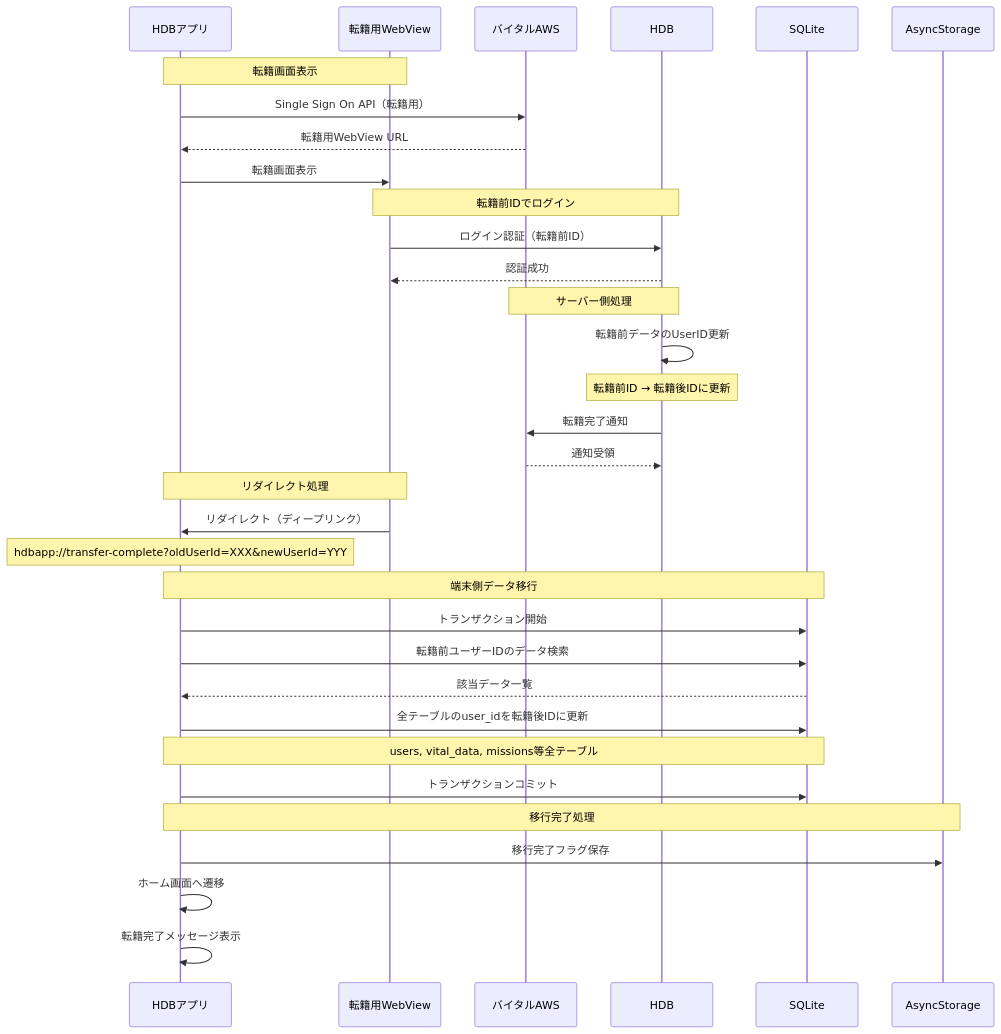
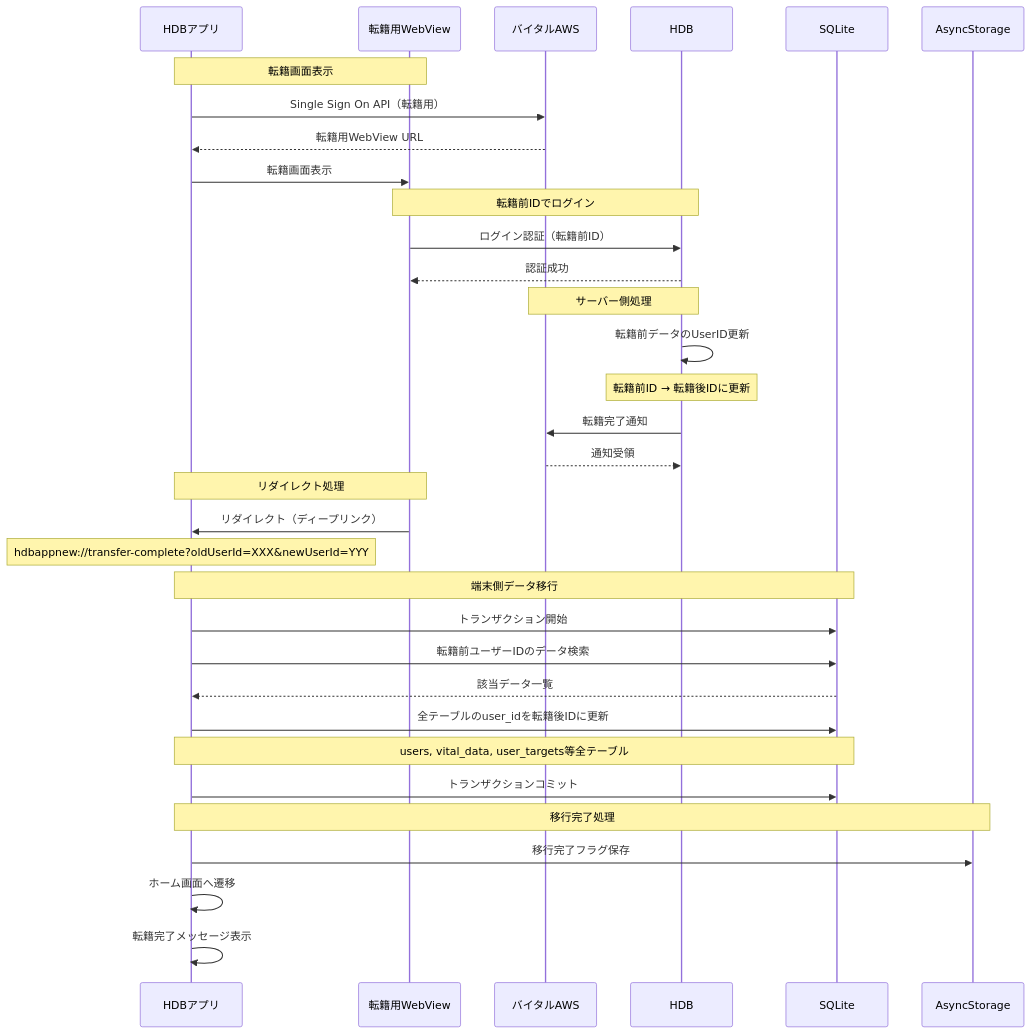
One commit to sasaibu/hdb changed diagram 12 of 14 in doc/QA/画面別API通信図.md. Above: the diagram before and after it, drawn with Mermaid. The commit also changed other lines of this file and 4 other files, not shown here.

````diff
--- a/doc/QA/画面別API通信図.md
+++ b/doc/QA/画面別API通信図.md
@@ -251,41 +251,41 @@
 ```mermaid
 sequenceDiagram
     participant App as HDBアプリ
     participant WebView as 転籍用WebView
     participant AWS as バイタルAWS
     participant HDB as HDB
     participant DB as SQLite
     participant Storage as AsyncStorage
     
     Note over App,WebView: 転籍画面表示
     App->>AWS: Single Sign On API（転籍用）
     AWS-->>App: 転籍用WebView URL
     App->>WebView: 転籍画面表示
     
     Note over WebView,HDB: 転籍前IDでログイン
     WebView->>HDB: ログイン認証（転籍前ID）
     HDB-->>WebView: 認証成功
     
     Note over HDB,AWS: サーバー側処理
     HDB->>HDB: 転籍前データのUserID更新
     Note over HDB: 転籍前ID → 転籍後IDに更新
     HDB->>AWS: 転籍完了通知
     AWS-->>HDB: 通知受領
     
     Note over WebView,App: リダイレクト処理
     WebView->>App: リダイレクト（ディープリンク）
-    Note over App: hdbapp://transfer-complete?oldUserId=XXX&newUserId=YYY
+    Note over App: hdbappnew://transfer-complete?oldUserId=XXX&newUserId=YYY
     
     Note over App,DB: 端末側データ移行
     App->>DB: トランザクション開始
     App->>DB: 転籍前ユーザーIDのデータ検索
     DB-->>App: 該当データ一覧
     App->>DB: 全テーブルのuser_idを転籍後IDに更新
-    Note over App,DB: users, vital_data, missions等全テーブル
+    Note over App,DB: users, vital_data, user_targets等全テーブル
     App->>DB: トランザクションコミット
     
     Note over App,Storage: 移行完了処理
     App->>Storage: 移行完了フラグ保存
     App->>App: ホーム画面へ遷移
     App->>App: 転籍完了メッセージ表示
 ```
````
